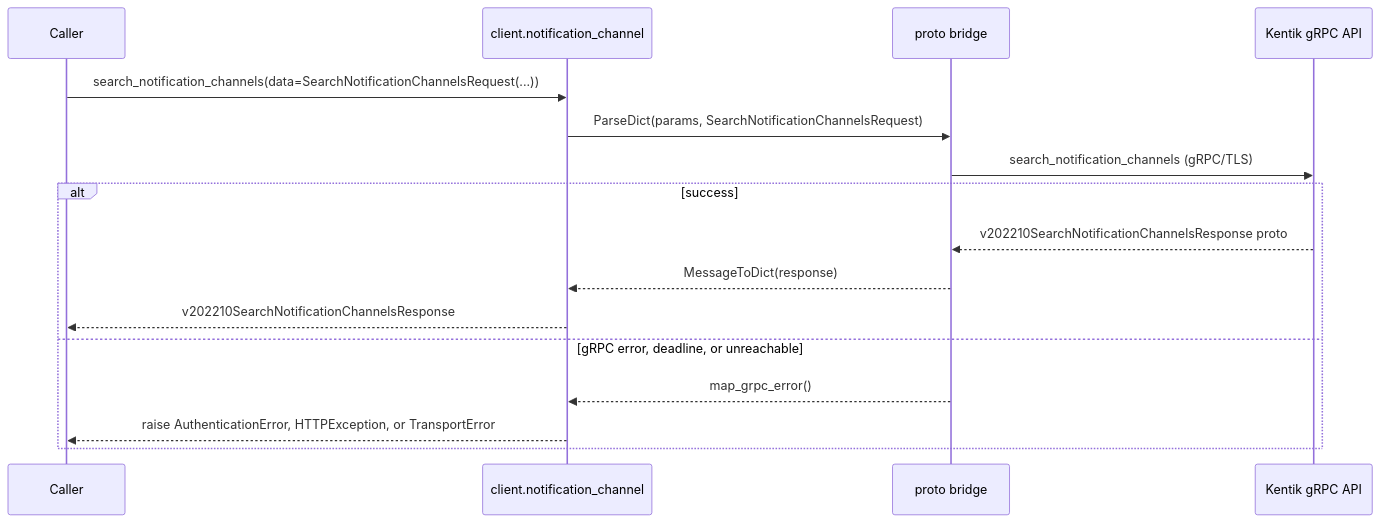
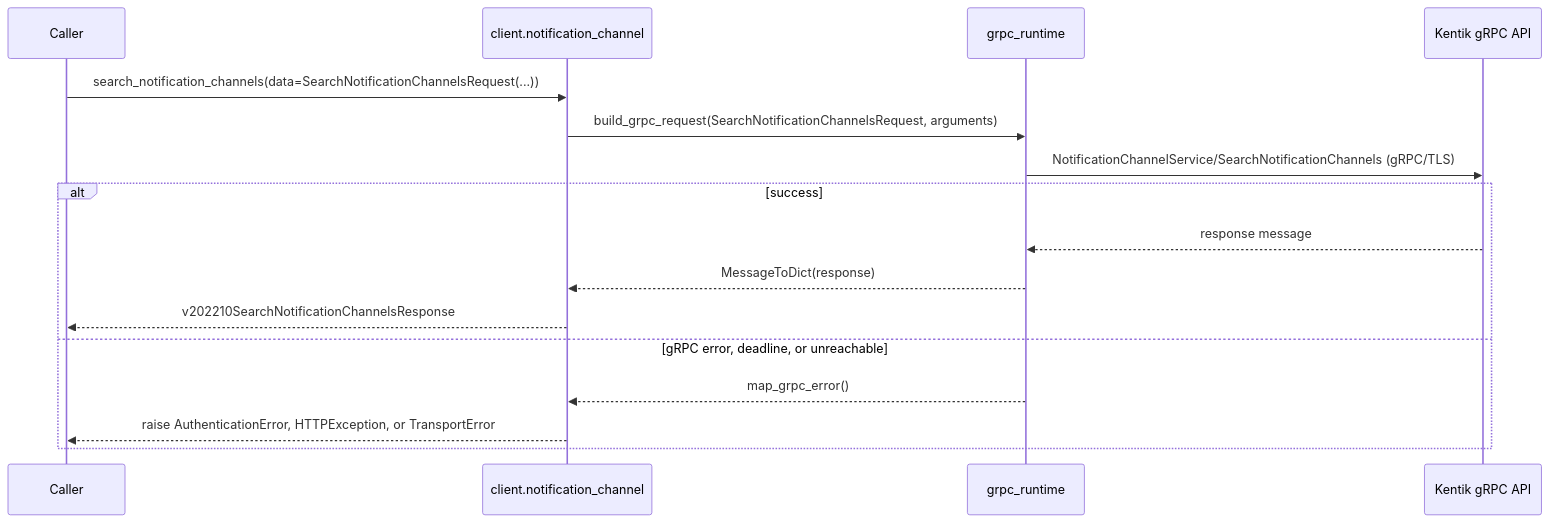
The fifth of 8 diagrams in docs/sphinx/services/notification_channel.md (alexdearaujo/community_sdk_python), drawn with Mermaid before and after one commit. The commit also changed other lines of this file and 37 other files, not shown here.

First line of the commit message:
docs: show the real RPC in each service page's gRPC diagram

````diff
--- a/docs/sphinx/services/notification_channel.md
+++ b/docs/sphinx/services/notification_channel.md
@@ -127,19 +127,19 @@
 ```mermaid
 sequenceDiagram
     participant C as Caller
     participant W as client.notification_channel
-    participant B as proto bridge
+    participant R as grpc_runtime
     participant API as Kentik gRPC API
 
     C->>W: search_notification_channels(data=SearchNotificationChannelsRequest(...))
-    W->>B: ParseDict(params, SearchNotificationChannelsRequest)
-    B->>API: search_notification_channels (gRPC/TLS)
+    W->>R: build_grpc_request(SearchNotificationChannelsRequest, arguments)
+    R->>API: NotificationChannelService/SearchNotificationChannels (gRPC/TLS)
     alt success
-        API-->>B: v202210SearchNotificationChannelsResponse proto
-        B-->>W: MessageToDict(response)
+        API-->>R: response message
+        R-->>W: MessageToDict(response)
         W-->>C: v202210SearchNotificationChannelsResponse
     else gRPC error, deadline, or unreachable
-        B-->>W: map_grpc_error()
+        R-->>W: map_grpc_error()
         W-->>C: raise AuthenticationError, HTTPException, or TransportError
     end
 ```
````
